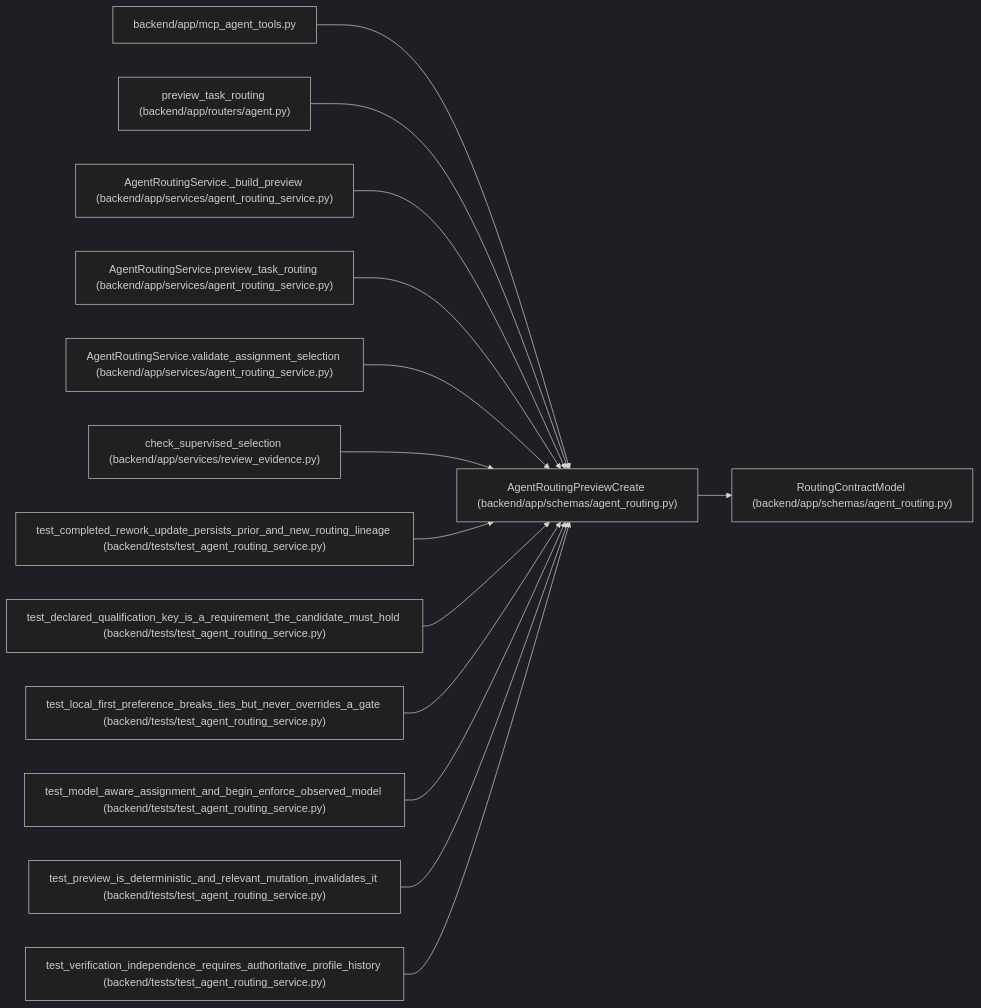
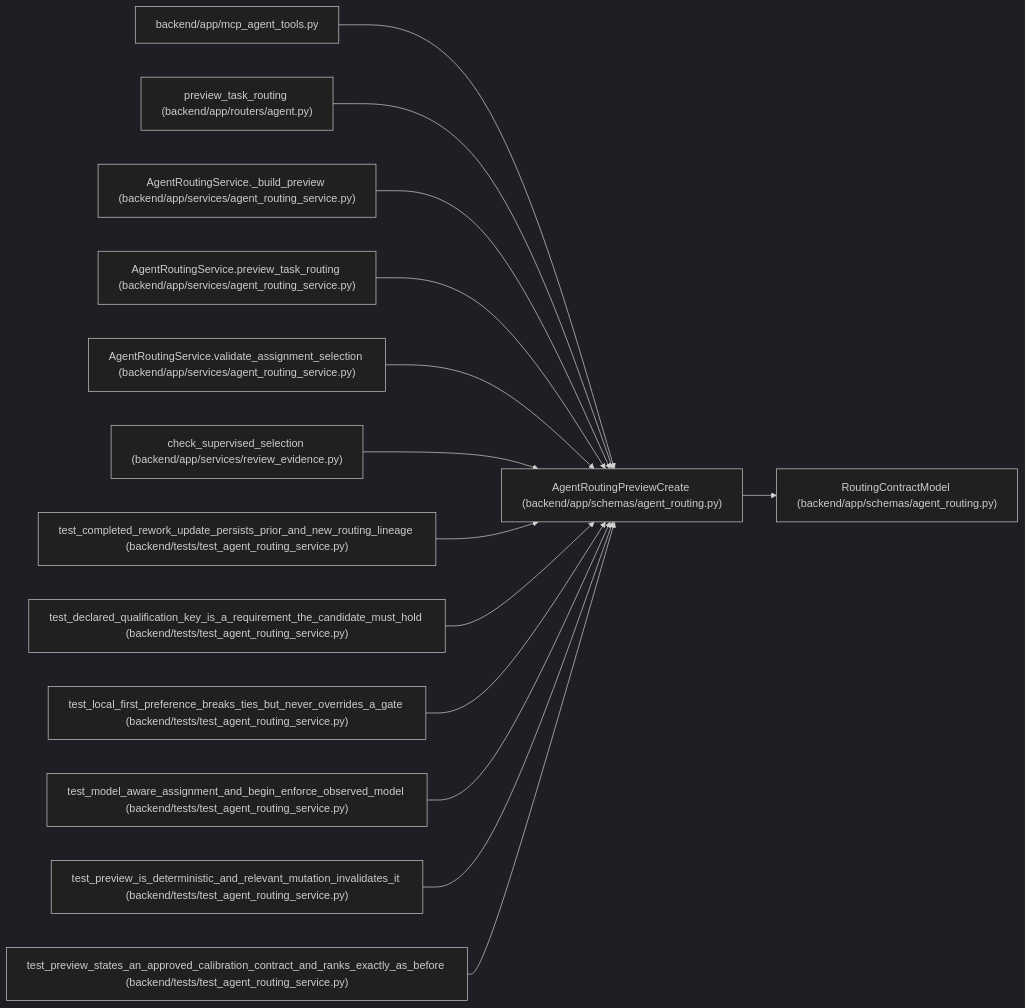
One commit to Denissvgn/WorkChord changed the diagram in docs/llm_wiki/entities/agent_routing_AgentRoutingPreviewCreate.md. Above: the diagram before and after it, drawn with Mermaid (dark theme). The commit also changed other lines of this file and 836 other files, not shown here.

Commit message:
Sync the architectural wiki for the calibration contract

````diff
--- a/docs/llm_wiki/entities/agent_routing_AgentRoutingPreviewCreate.md
+++ b/docs/llm_wiki/entities/agent_routing_AgentRoutingPreviewCreate.md
@@ -40,44 +40,44 @@
 ```mermaid
 flowchart LR
     n0["AgentRoutingPreviewCreate (backend/app/schemas/agent_routing.py)"]
     n1["RoutingContractModel (backend/app/schemas/agent_routing.py)"]
     n2["backend/app/mcp_agent_tools.py"]
     n3["preview_task_routing (backend/app/routers/agent.py)"]
     n4["AgentRoutingService._build_preview (backend/app/services/agent_routing_service.py)"]
     n5["AgentRoutingService.preview_task_routing (backend/app/services/agent_routing_service.py)"]
     n6["AgentRoutingService.validate_assignment_selection (backend/app/services/agent_routing_service.py)"]
     n7["check_supervised_selection (backend/app/services/review_evidence.py)"]
     n8["test_completed_rework_update_persists_prior_and_new_routing_lineage (backend/tests/test_agent_routing_service.py)"]
     n9["test_declared_qualification_key_is_a_requirement_the_candidate_must_hold (backend/tests/test_agent_routing_service.py)"]
     n10["test_local_first_preference_breaks_ties_but_never_overrides_a_gate (backend/tests/test_agent_routing_service.py)"]
     n11["test_model_aware_assignment_and_begin_enforce_observed_model (backend/tests/test_agent_routing_service.py)"]
     n12["test_preview_is_deterministic_and_relevant_mutation_invalidates_it (backend/tests/test_agent_routing_service.py)"]
-    n13["test_verification_independence_requires_authoritative_profile_history (backend/tests/test_agent_routing_service.py)"]
+    n13["test_preview_states_an_approved_calibration_contract_and_ranks_exactly_as_before (backend/tests/test_agent_routing_service.py)"]
     n0 --> n1
     n2 --> n0
     n3 --> n0
     n4 --> n0
     n5 --> n0
     n6 --> n0
     n7 --> n0
     n8 --> n0
     n9 --> n0
     n10 --> n0
     n11 --> n0
     n12 --> n0
     n13 --> n0
     click n0 "../modules/agent_routing.md"
     click n1 "../modules/agent_routing.md"
     click n2 "../modules/mcp_agent_tools.md"
     click n3 "../modules/routers_agent.md"
     click n4 "../modules/agent_routing_service.md"
     click n5 "../modules/agent_routing_service.md"
     click n6 "../modules/agent_routing_service.md"
     click n7 "../modules/services_review_evidence.md"
     click n8 "../modules/test_agent_routing_service.md"
     click n9 "../modules/test_agent_routing_service.md"
     click n10 "../modules/test_agent_routing_service.md"
     click n11 "../modules/test_agent_routing_service.md"
     click n12 "../modules/test_agent_routing_service.md"
     click n13 "../modules/test_agent_routing_service.md"
 ```
````
